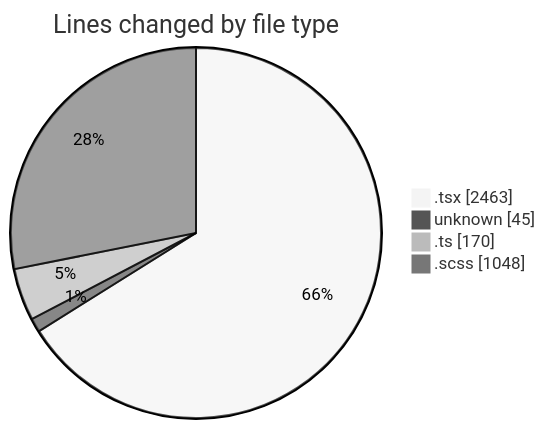
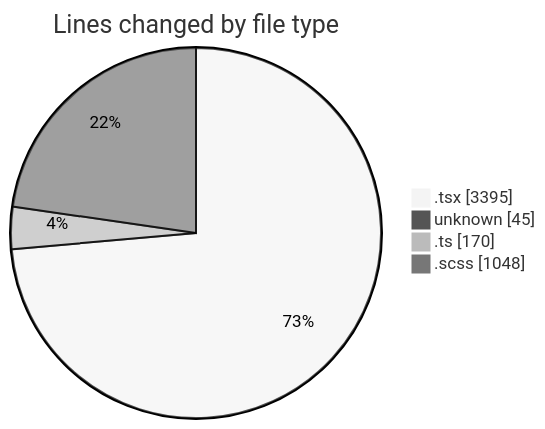
Before and after one commit to momahboobian/code-tracking: the first of 2 diagrams in 2025-09-01/cda/README.md, drawn with Mermaid (neutral theme). The commit also changed other lines of this file and 1 other file, not shown here.

````diff
--- a/2025-09-01/cda/README.md
+++ b/2025-09-01/cda/README.md
@@ -28,8 +28,8 @@
 ```mermaid
 pie showData
 title Lines changed by file type
-".tsx" : 2463
+".tsx" : 3395
 "unknown" : 45
 ".ts" : 170
 ".scss" : 1048
 ```
````
